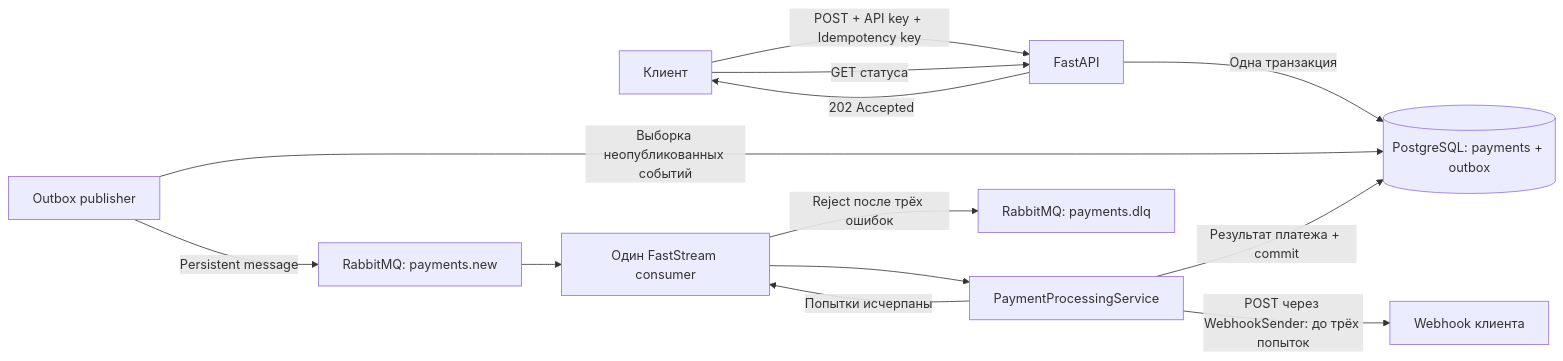
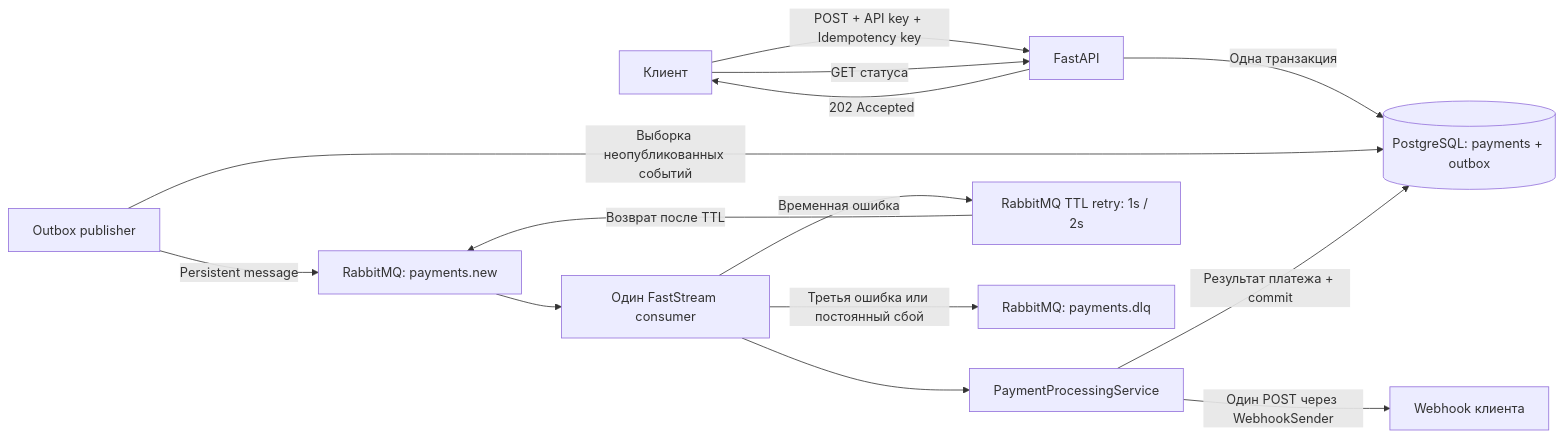
One commit to Chevalier3388/asynchronous_payment_processing_service changed the diagram in README.md. Above: the diagram before and after it, drawn with Mermaid. The commit also changed other lines of this file and 6 other files, not shown here.

Commit message:
feat: добавил повторную обработку сообщений через RabbitMQ и маршрутизацию ошибок в DLQ

````diff
--- a/README.md
+++ b/README.md
@@ -226,15 +224,16 @@
 ```mermaid
 flowchart LR
     Client[Клиент] -->|POST + API key + Idempotency key| API[FastAPI]
     API -->|Одна транзакция| DB[(PostgreSQL: payments + outbox)]
     API -->|202 Accepted| Client
     Publisher[Outbox publisher] -->|Выборка неопубликованных событий| DB
     Publisher -->|Persistent message| Queue[RabbitMQ: payments.new]
     Queue --> Consumer[Один FastStream consumer]
     Consumer --> Processor[PaymentProcessingService]
     Processor -->|Результат платежа + commit| DB
-    Processor -->|POST через WebhookSender: до трёх попыток| Webhook[Webhook клиента]
-    Processor -->|Попытки исчерпаны| Consumer
-    Consumer -->|Reject после трёх ошибок| DLQ[RabbitMQ: payments.dlq]
+    Processor -->|Один POST через WebhookSender| Webhook[Webhook клиента]
+    Consumer -->|Временная ошибка| Retry[RabbitMQ TTL retry: 1s / 2s]
+    Retry -->|Возврат после TTL| Queue
+    Consumer -->|Третья ошибка или постоянный сбой| DLQ[RabbitMQ: payments.dlq]
     Client -->|GET статуса| API
 ```
````
